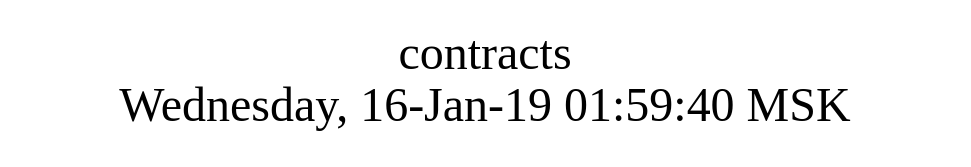
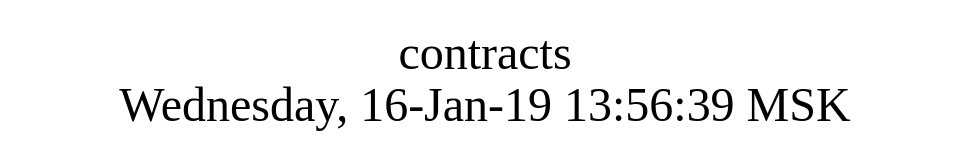
The diagram in platform_apps/questionnaire/contracts/struct.dot (AplaProject/apps), drawn with Graphviz before and after one commit. The commit also changed 2 other files, not shown here.

```diff
--- a/platform_apps/questionnaire/contracts/struct.dot
+++ b/platform_apps/questionnaire/contracts/struct.dot
@@ -1,10 +1,10 @@
 digraph G {
 graph [
   fontsize="24";
-  label="contracts\nWednesday, 16-Jan-19 01:59:40 MSK";
+  label="contracts\nWednesday, 16-Jan-19 13:56:39 MSK";
   nojustify=true;
   ordering=out;
   rankdir=LR;
   size="30";
 ];
 }
```
